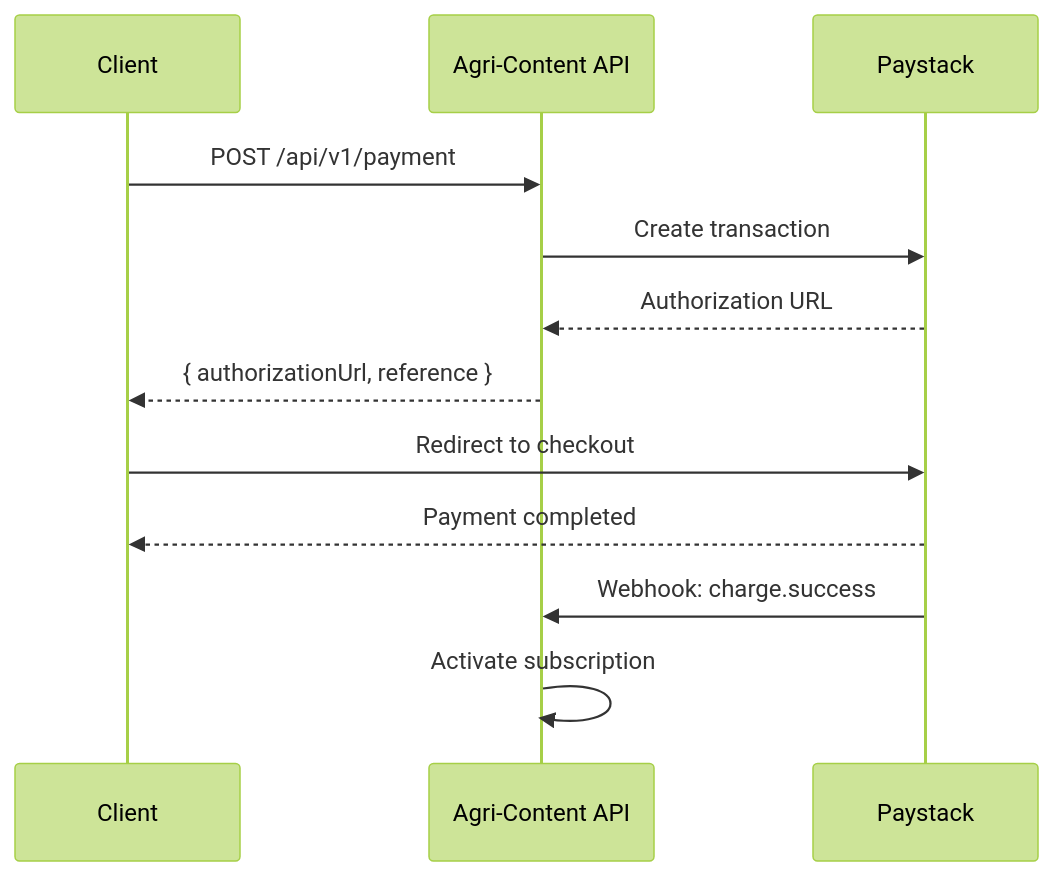
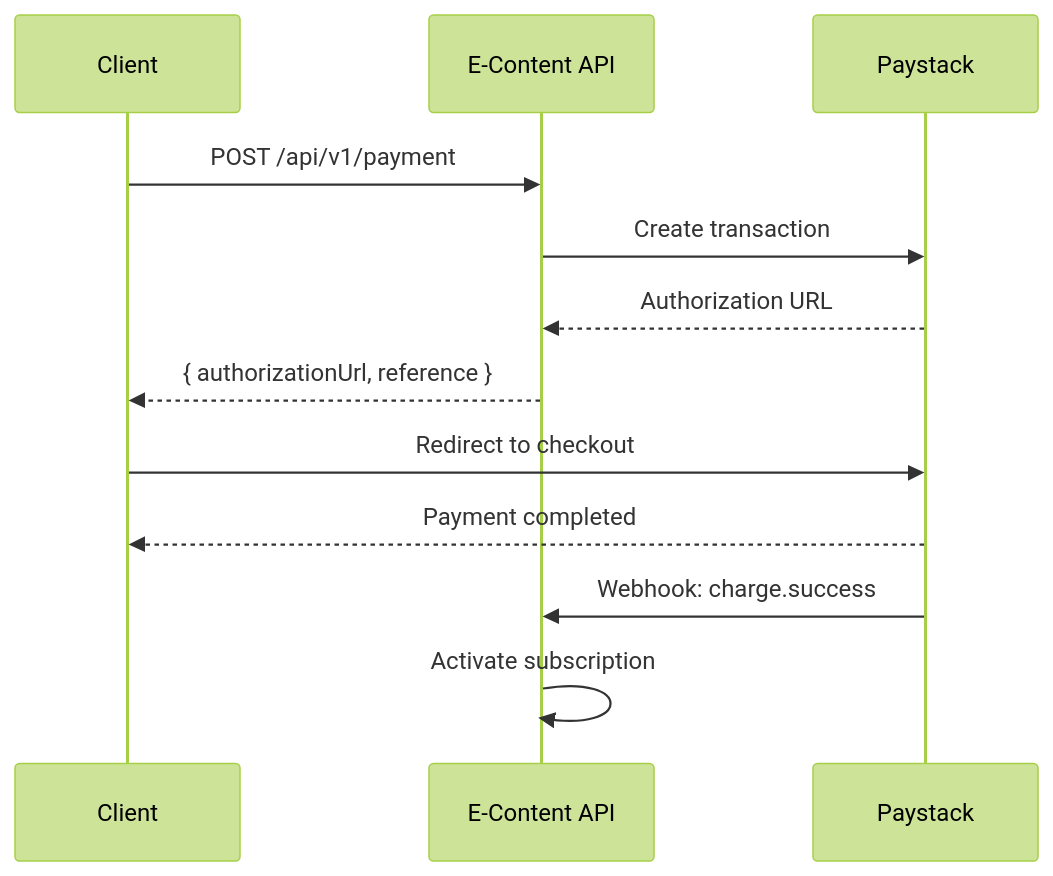
Before and after one commit to nanegbe/content-docs: the diagram in docs/api/payment.md, drawn with Mermaid (forest theme). The commit also changed other lines of this file and 17 other files, not shown here.

````diff
--- a/docs/api/payment.md
+++ b/docs/api/payment.md
@@ -28,15 +28,15 @@
 ```mermaid
 sequenceDiagram
     participant Client
-    participant API as Agri-Content API
+    participant API as E-Content API
     participant PS as Paystack
 
     Client->>API: POST /api/v1/payment
     API->>PS: Create transaction
     PS-->>API: Authorization URL
     API-->>Client: { authorizationUrl, reference }
     Client->>PS: Redirect to checkout
     PS-->>Client: Payment completed
     PS->>API: Webhook: charge.success
     API->>API: Activate subscription
 ```
````
